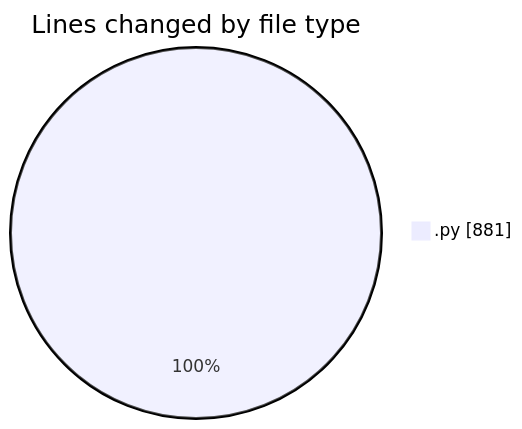
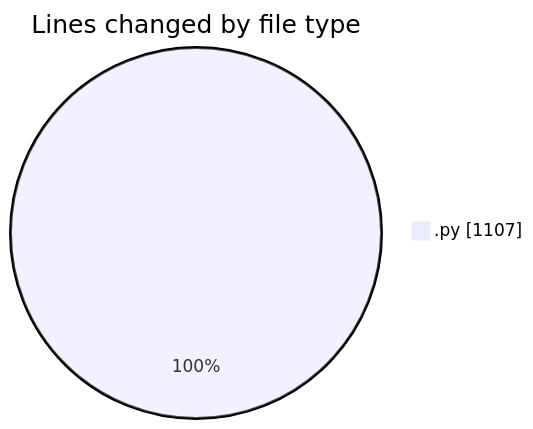
One commit to momahboobian/code-tracking changed the first of 2 diagrams in 2025-05-06/samplepdf/README.md. Above: the diagram before and after it, drawn with Mermaid. The commit also changed other lines of this file and 1 other file, not shown here.

````diff
--- a/2025-05-06/samplepdf/README.md
+++ b/2025-05-06/samplepdf/README.md
@@ -31,5 +31,5 @@
 ```mermaid
 pie showData
 title Lines changed by file type
-".py" : 881
+".py" : 1107
 ```
````
